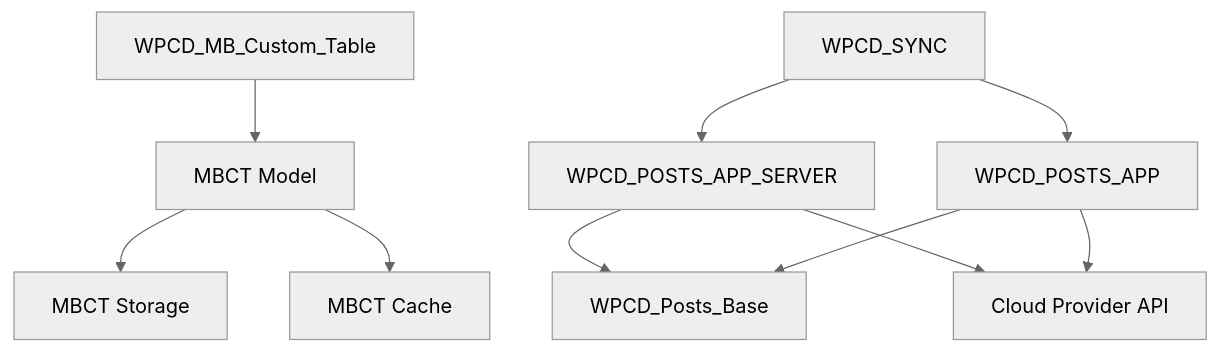
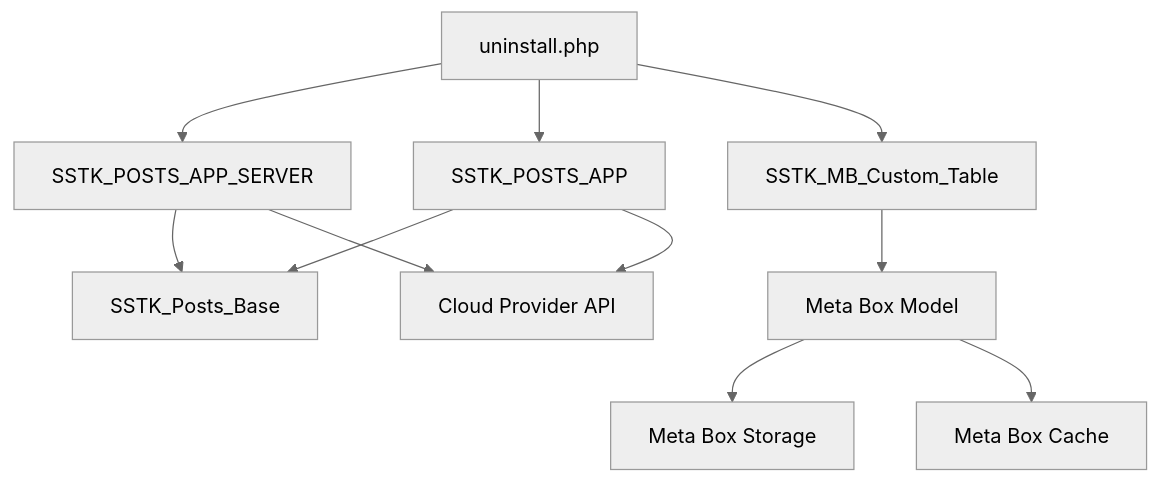
Before and after one commit to onedogsolutions/simple-stack: the third of 3 diagrams in .qoder/repowiki/en/content/Data Management/Data Access Patterns.md, drawn with Mermaid (neutral theme). The commit also changed other lines of this file and 5941 other files, not shown here.

````diff
--- a/.qoder/repowiki/en/content/Data Management/Data Access Patterns.md
+++ b/.qoder/repowiki/en/content/Data Management/Data Access Patterns.md
@@ -343,21 +177,22 @@
 ```mermaid
 graph TB
-PostsBase["WPCD_Posts_Base"]
-AppServer["WPCD_POSTS_APP_SERVER"]
-App["WPCD_POSTS_APP"]
-CTBase["WPCD_MB_Custom_Table"]
-MBCTModel["MBCT Model"]
-MBCTStorage["MBCT Storage"]
-MBCTCache["MBCT Cache"]
+PostsBase["SSTK_Posts_Base"]
+AppServer["SSTK_POSTS_APP_SERVER"]
+App["SSTK_POSTS_APP"]
+CTBase["SSTK_MB_Custom_Table"]
+MBCTModel["Meta Box Model"]
+MBCTStorage["Meta Box Storage"]
+MBCTCache["Meta Box Cache"]
 ProviderAPI["Cloud Provider API"]
-Sync["WPCD_SYNC"]
+Uninstall["uninstall.php"]
 AppServer --> PostsBase
 App --> PostsBase
 CTBase --> MBCTModel
 MBCTModel --> MBCTStorage
 MBCTModel --> MBCTCache
 AppServer --> ProviderAPI
 App --> ProviderAPI
-Sync --> AppServer
-Sync --> App
+Uninstall --> AppServer
+Uninstall --> App
+Uninstall --> CTBase
 ```
````
